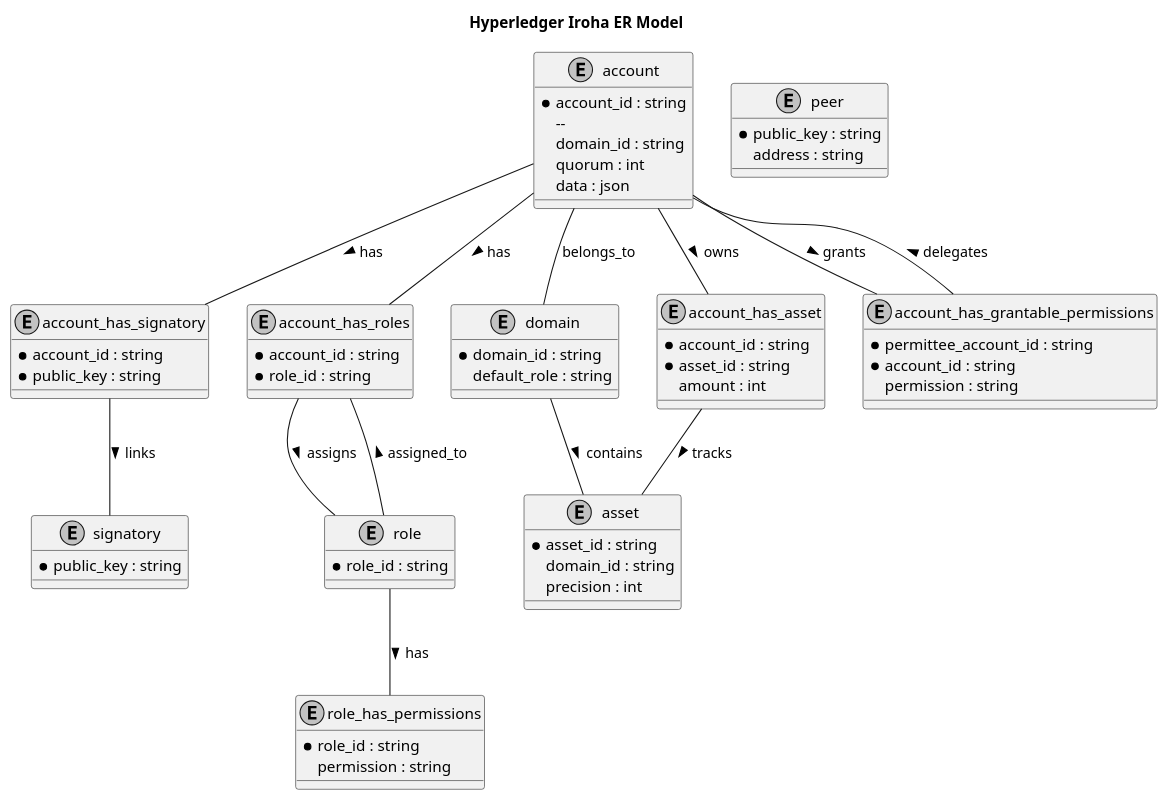
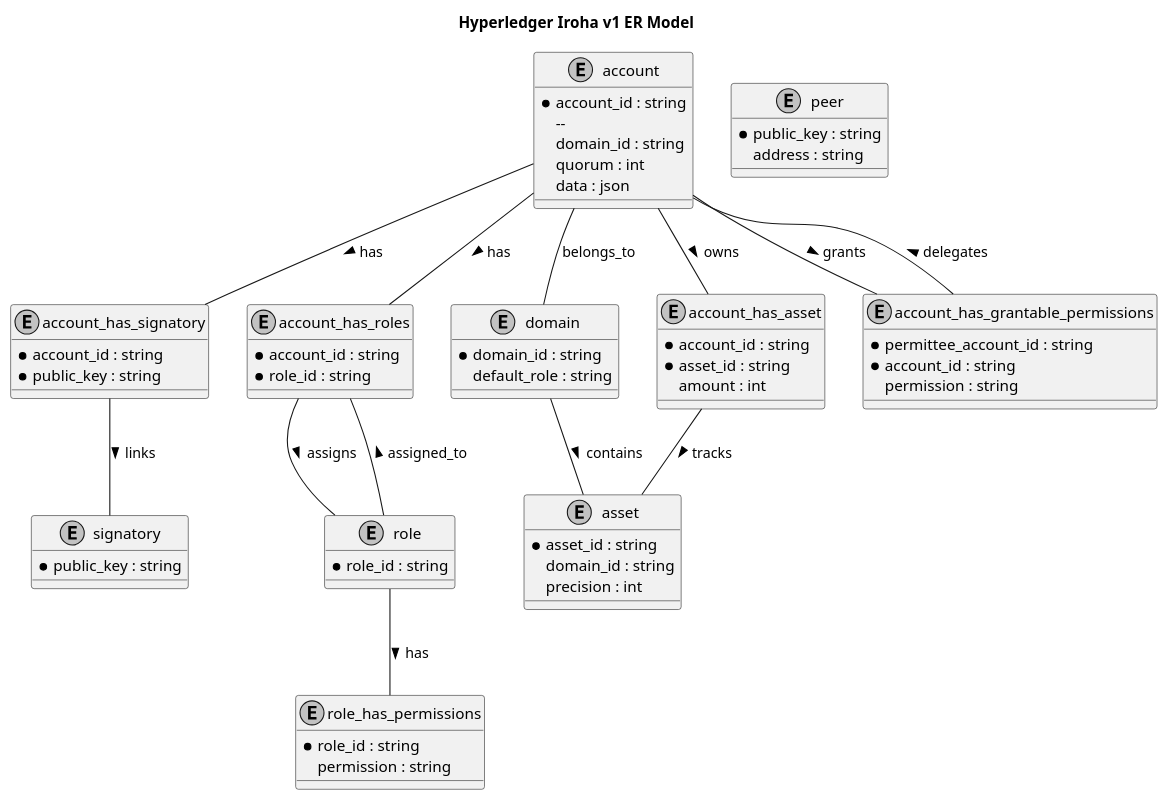
One commit to OliveiraEdu/d-OSP changed the diagram in diagrams/plantUML/iroha_v1_er_model.wsd. Above: the diagram before and after it, drawn with PlantUML. The commit also changed 11 other files, not shown here.

```diff
--- a/diagrams/plantUML/iroha_v1_er_model.wsd
+++ b/diagrams/plantUML/iroha_v1_er_model.wsd
@@ -1,77 +1,77 @@
 @startuml
-title Hyperledger Iroha ER Model
+title Hyperledger Iroha v1 ER Model
 skinparam monochrome true
 
 entity "account" {
     * account_id : string
     -- 
     domain_id : string
     quorum : int
     data : json
 }
 
 entity "signatory" {
     * public_key : string
 }
 
 entity "account_has_signatory" {
     * account_id : string
     * public_key : string
 }
 
 entity "account_has_roles" {
     * account_id : string
     * role_id : string
 }
 
 entity "role" {
     * role_id : string
 }
 
 entity "role_has_permissions" {
     * role_id : string
     permission : string
 }
 
 entity "domain" {
     * domain_id : string
     default_role : string
 }
 
 entity "account_has_asset" {
     * account_id : string
     * asset_id : string
     amount : int
 }
 
 entity "asset" {
     * asset_id : string
     domain_id : string
     precision : int
 }
 
 entity "account_has_grantable_permissions" {
     * permittee_account_id : string
     * account_id : string
     permission : string
 }
 
 entity "peer" {
     * public_key : string
     address : string
 }
 
 account -- domain : belongs_to
 account -- account_has_signatory : has >
 account -- account_has_roles : has >
 account -- account_has_asset : owns >
 account -- account_has_grantable_permissions : grants >
 role -- role_has_permissions : has >
 role -- account_has_roles : assigned_to >
 domain -- asset : contains >
 account_has_roles -- role : assigns >
 account_has_signatory -- signatory : links >
 account_has_asset -- asset : tracks >
 account_has_grantable_permissions -- account : delegates >
 
 @enduml
```
